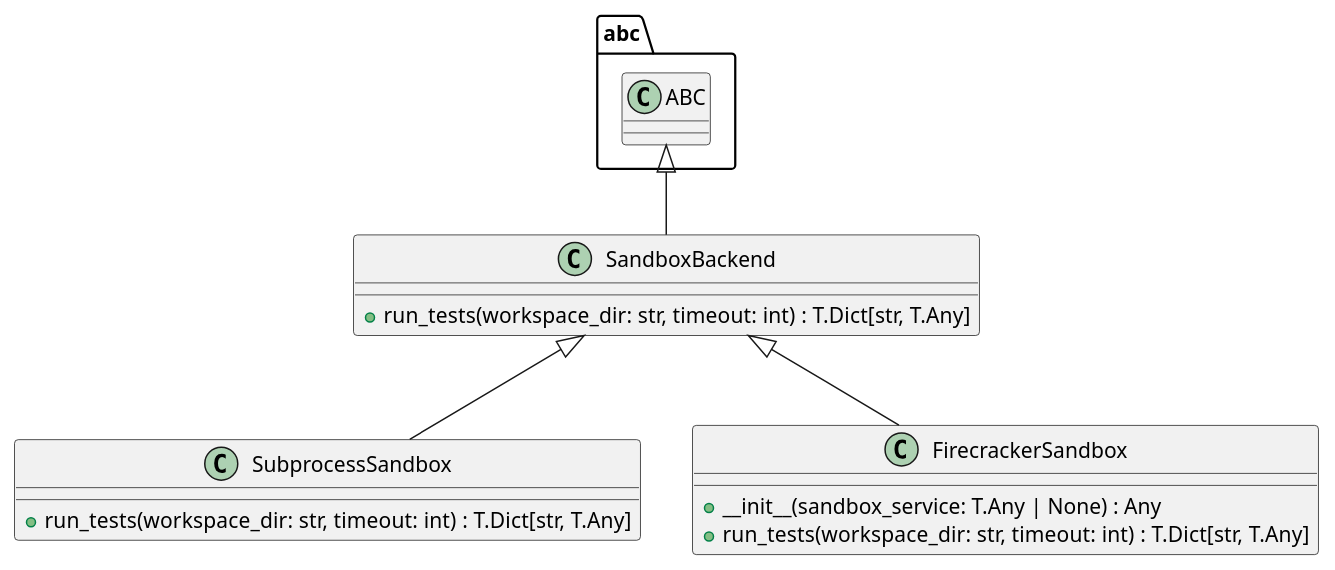
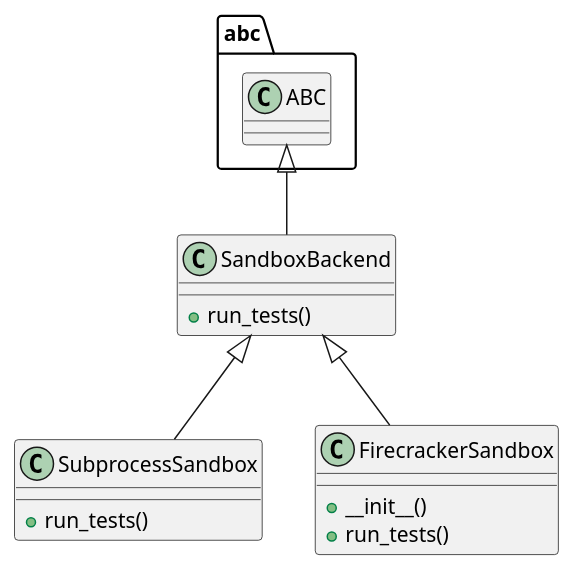
One commit to lgcorzo/llmops-python-package changed the diagram in openwiki/src/autogen_team/application/mcp/tools/run_tests.md. Above: the diagram before and after it, drawn with PlantUML. The commit also changed other lines of this file and 77 other files, not shown here.

````diff
--- a/openwiki/src/autogen_team/application/mcp/tools/run_tests.md
+++ b/openwiki/src/autogen_team/application/mcp/tools/run_tests.md
@@ -58,17 +202,17 @@
 ```plantuml
 @startuml
-    abc.ABC <|-- SandboxBackend
-    class SandboxBackend {
-        +run_tests(workspace_dir: str, timeout: int) : T.Dict[str, T.Any]
-    }
-    SandboxBackend <|-- SubprocessSandbox
-    class SubprocessSandbox {
-        +run_tests(workspace_dir: str, timeout: int) : T.Dict[str, T.Any]
-    }
-    SandboxBackend <|-- FirecrackerSandbox
-    class FirecrackerSandbox {
-        +__init__(sandbox_service: T.Any | None) : Any
-        +run_tests(workspace_dir: str, timeout: int) : T.Dict[str, T.Any]
-    }
+class SandboxBackend {
+  + run_tests()
+}
+abc.ABC <|-- SandboxBackend
+class SubprocessSandbox {
+  + run_tests()
+}
+SandboxBackend <|-- SubprocessSandbox
+class FirecrackerSandbox {
+  + __init__()
+  + run_tests()
+}
+SandboxBackend <|-- FirecrackerSandbox
 @enduml
 ```
````
